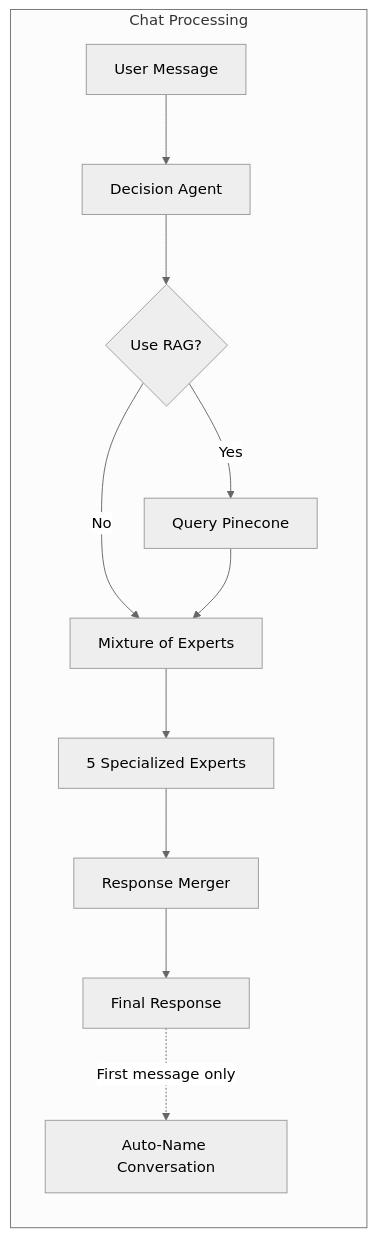
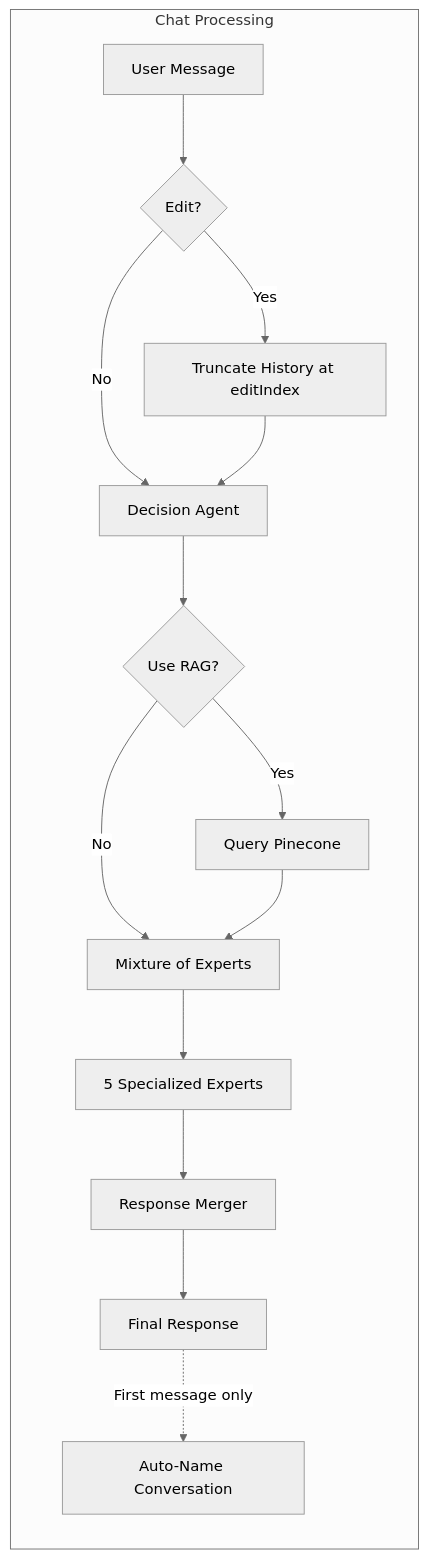
Before and after one commit to hoangsonww/EstateWise-Chapel-Hill-Chatbot: the third of 44 diagrams in ARCHITECTURE.md, drawn with Mermaid (neutral theme). The commit also changed other lines of this file and 45 other files, not shown here.

````diff
--- a/ARCHITECTURE.md
+++ b/ARCHITECTURE.md
@@ -370,24 +370,29 @@
 ```mermaid
 flowchart LR
   subgraph "Chat Processing"
     Input[User Message]
+    EditCheck{Edit?}
+    Truncate[Truncate History at editIndex]
     Decision[Decision Agent]
     RAG{Use RAG?}
     Pinecone[Query Pinecone]
     MoE[Mixture of Experts]
     Experts[5 Specialized Experts]
     Merger[Response Merger]
     Output[Final Response]
     AutoName[Auto-Name Conversation]
   end
 
-  Input --> Decision
+  Input --> EditCheck
+  EditCheck -->|Yes| Truncate
+  EditCheck -->|No| Decision
+  Truncate --> Decision
   Decision --> RAG
   RAG -->|Yes| Pinecone
   RAG -->|No| MoE
   Pinecone --> MoE
   MoE --> Experts
   Experts --> Merger
   Merger --> Output
   Output -.->|First message only| AutoName
 ```
````
